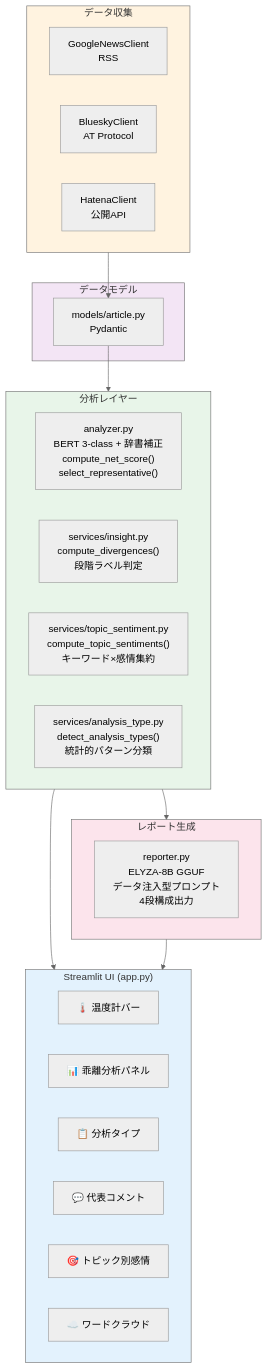
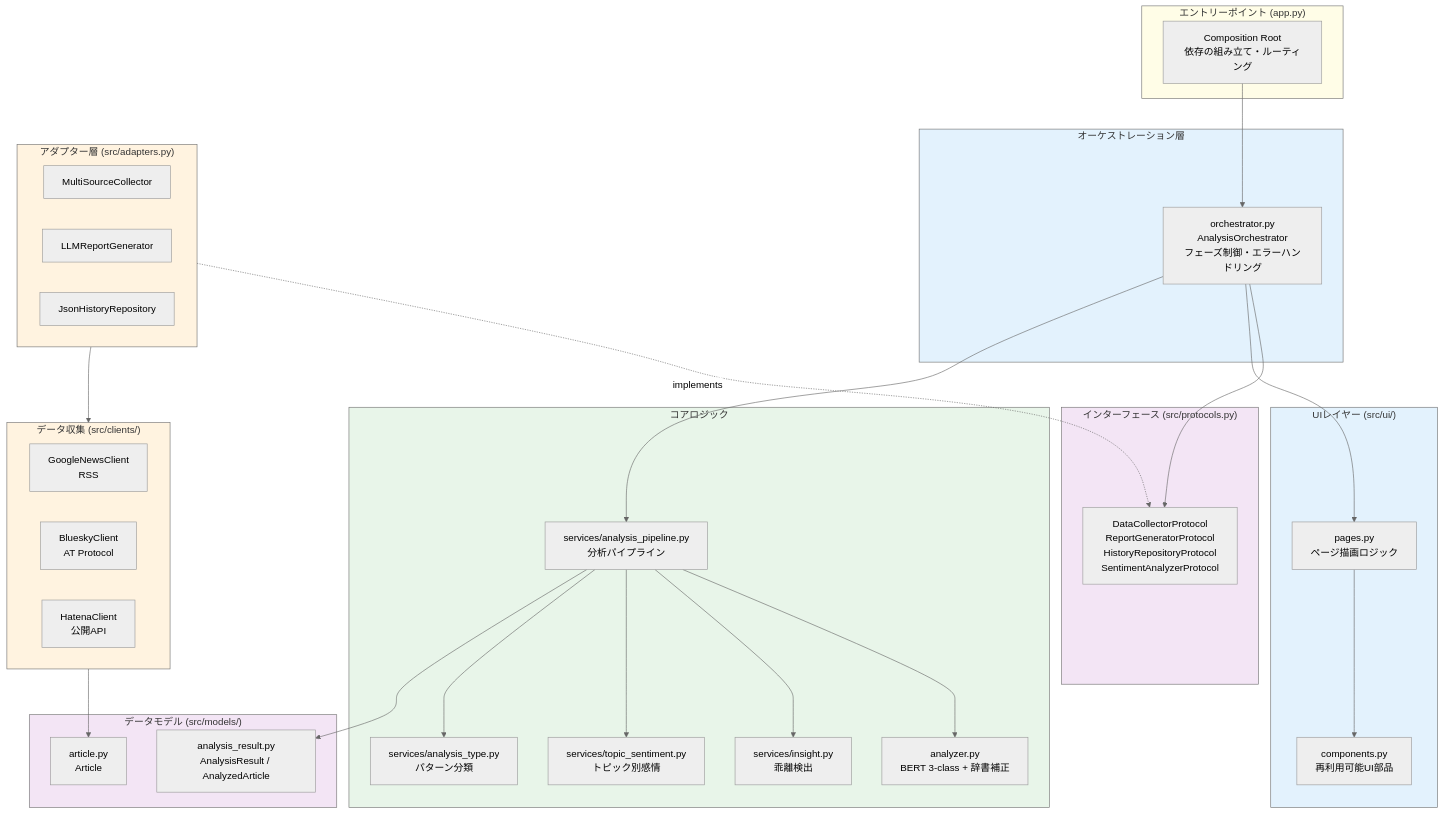
Before and after one commit to yutnagase/trend-insight-ai: the second of 2 diagrams in README.md, drawn with Mermaid (neutral theme). The commit also changed other lines of this file and 2 other files, not shown here.

Commit message:
docs: アーキテクチャリファクタリング・DI・エラーハンドリングをドキュメントに反映
README.md:
- Architecture図をProtocolベースDI構成のmermaid図に全面刷新
- Project Structureに新規ファイル(orchestrator/protocols/adapters/exceptions/ui/)を追加
- Design Philosophyに原則5(ProtocolベースDI)・原則6(エラーのユーザビリティ)を追加

docs/DEVELOPMENT_INSIGHT.md:
- セクション8: アーキテクチャリファクタリングの背景と意思決定
  - 責務分離の動機、レイヤー構成、Protocol DI選定理由、型安全性強化
- セクション9: エラーハンドリング設計
  - カスタム例外階層、ログ設計、フェーズ別ハンドリング、グレースフルデグラデーション

docs/README.md:
- 目次の説明文を更新

````diff
--- a/README.md
+++ b/README.md
@@ -131,44 +135,67 @@
 ```mermaid
 flowchart TB
-    subgraph UI["Streamlit UI (app.py)"]
-        UI1["🌡️ 温度計バー"]
-        UI2["📊 乖離分析パネル"]
-        UI3["📋 分析タイプ"]
-        UI4["💬 代表コメント"]
-        UI5["🎯 トピック別感情"]
-        UI6["☁️ ワードクラウド"]
+    subgraph Entry["エントリーポイント (app.py)"]
+        EP["Composition Root<br/>依存の組み立て・ルーティング"]
     end
 
-    subgraph Analysis["分析レイヤー"]
-        AN["analyzer.py<br/>BERT 3-class + 辞書補正<br/>compute_net_score()<br/>select_representative()"]
-        IN["services/insight.py<br/>compute_divergences()<br/>段階ラベル判定"]
-        TS["services/topic_sentiment.py<br/>compute_topic_sentiments()<br/>キーワード×感情集約"]
-        AT["services/analysis_type.py<br/>detect_analysis_types()<br/>統計的パターン分類"]
+    subgraph Orchestration["オーケストレーション層"]
+        OC["orchestrator.py<br/>AnalysisOrchestrator<br/>フェーズ制御・エラーハンドリング"]
     end
 
-    subgraph DataCollection["データ収集"]
+    subgraph UI["UIレイヤー (src/ui/)"]
+        UI1["pages.py<br/>ページ描画ロジック"]
+        UI2["components.py<br/>再利用可能UI部品"]
+    end
+
+    subgraph Core["コアロジック"]
+        AN["analyzer.py<br/>BERT 3-class + 辞書補正"]
+        PL["services/analysis_pipeline.py<br/>分析パイプライン"]
+        IN["services/insight.py<br/>乖離検出"]
+        TS["services/topic_sentiment.py<br/>トピック別感情"]
+        AT["services/analysis_type.py<br/>パターン分類"]
+    end
+
+    subgraph Adapters["アダプター層 (src/adapters.py)"]
+        AD1["MultiSourceCollector"]
+        AD2["LLMReportGenerator"]
+        AD3["JsonHistoryRepository"]
+    end
+
+    subgraph Protocols["インターフェース (src/protocols.py)"]
+        PR["DataCollectorProtocol<br/>ReportGeneratorProtocol<br/>HistoryRepositoryProtocol<br/>SentimentAnalyzerProtocol"]
+    end
+
+    subgraph DataCollection["データ収集 (src/clients/)"]
         C1["GoogleNewsClient<br/>RSS"]
         C2["BlueskyClient<br/>AT Protocol"]
         C3["HatenaClient<br/>公開API"]
     end
 
-    subgraph LLM["レポート生成"]
-        RP["reporter.py<br/>ELYZA-8B GGUF<br/>データ注入型プロンプト<br/>4段構成出力"]
+    subgraph Model["データモデル (src/models/)"]
+        MD1["article.py<br/>Article"]
+        MD2["analysis_result.py<br/>AnalysisResult / AnalyzedArticle"]
     end
 
-    subgraph Model["データモデル"]
-        MD["models/article.py<br/>Pydantic"]
-    end
+    EP --> OC
+    OC --> PR
+    Adapters -.->|implements| PR
+    OC --> UI1
+    UI1 --> UI2
+    OC --> PL
+    PL --> AN
+    PL --> IN
+    PL --> TS
+    PL --> AT
+    Adapters --> DataCollection
+    DataCollection --> MD1
+    PL --> MD2
 
-    DataCollection --> MD
-    MD --> Analysis
-    Analysis --> UI
-    Analysis --> LLM
-    LLM --> UI
-
+    style Entry fill:#fffde7
+    style Orchestration fill:#e3f2fd
     style UI fill:#e3f2fd
-    style Analysis fill:#e8f5e9
+    style Core fill:#e8f5e9
+    style Adapters fill:#fff3e0
+    style Protocols fill:#f3e5f5
     style DataCollection fill:#fff3e0
-    style LLM fill:#fce4ec
     style Model fill:#f3e5f5
 ```
````
